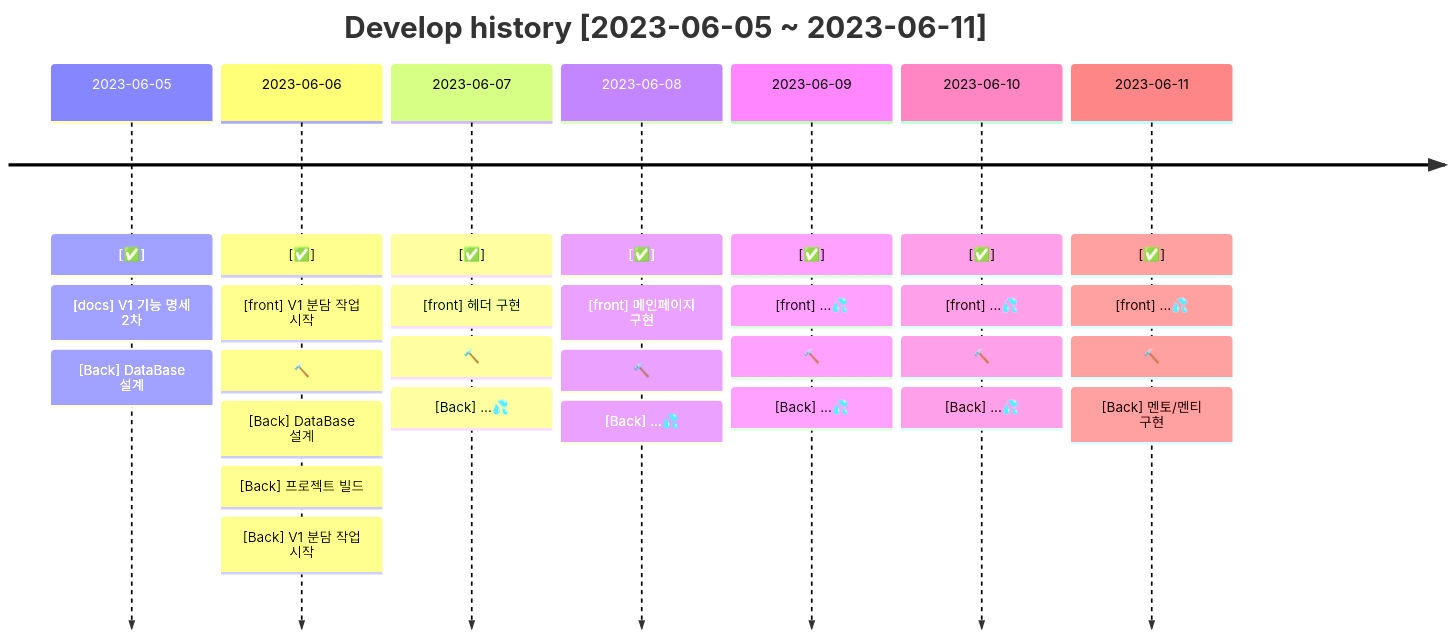
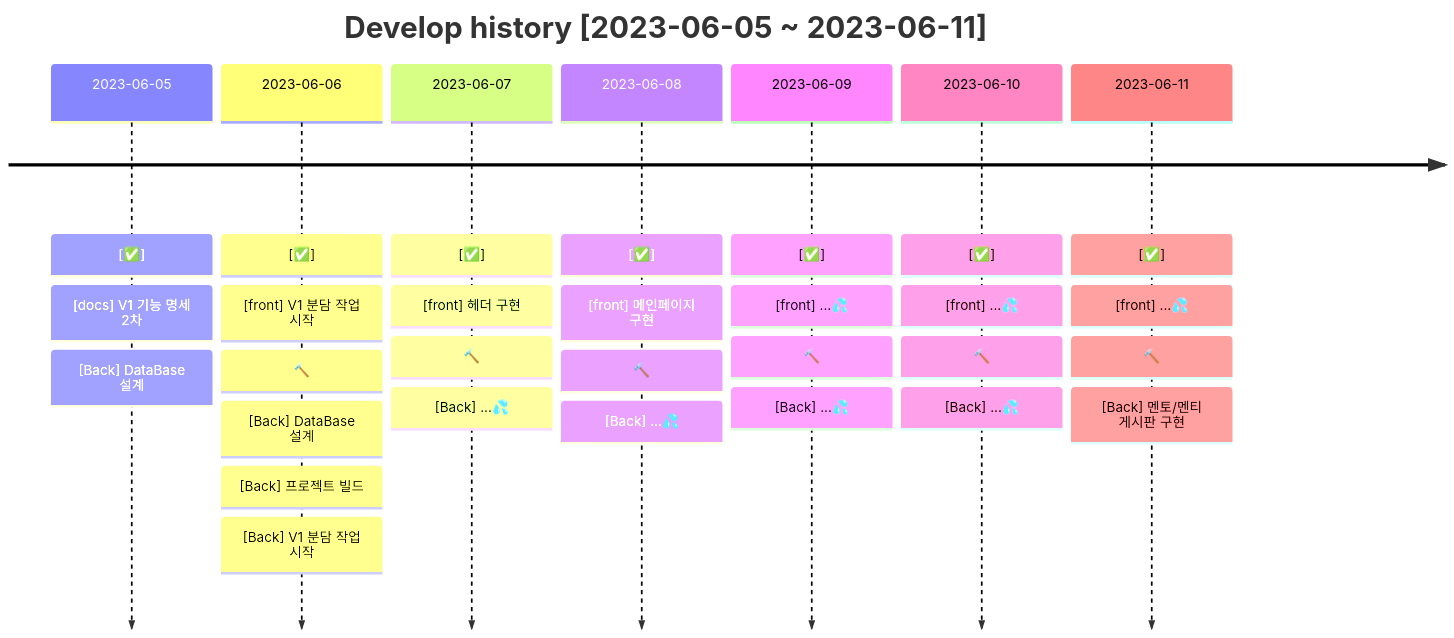
Before and after one commit to Hazel0c0/ddamddam-club-org: the second of 4 diagrams in docs/README.md, drawn with Mermaid. The commit also changed other lines of this file, not shown here.

````diff
--- a/docs/README.md
+++ b/docs/README.md
@@ -78,33 +78,33 @@
 ```mermaid
 timeline
     title Develop history [2023-06-05 ~ 2023-06-11]
     2023-06-05: [✅]
             : [docs] V1 기능 명세 2차
             : [Back] DataBase 설계
     2023-06-06: [✅]
             : [front] V1 분담 작업 시작
             : 🔨
             : [Back] DataBase 설계
             : [Back] 프로젝트 빌드
             : [Back] V1 분담 작업 시작
     2023-06-07: [✅]
             : [front] 헤더 구현
             : 🔨
             : [Back] ...💦
     2023-06-08: [✅]
             : [front] 메인페이지 구현
             : 🔨
             : [Back] ...💦
     2023-06-09: [✅]
             : [front] ...💦
             : 🔨
             : [Back] ...💦
     2023-06-10: [✅]
             : [front] ...💦
             : 🔨
             : [Back] ...💦
     2023-06-11: [✅]
             : [front] ...💦
             : 🔨
-            : [Back] 멘토/멘티 구현
+            : [Back] 멘토/멘티 게시판 구현
 ```
````
